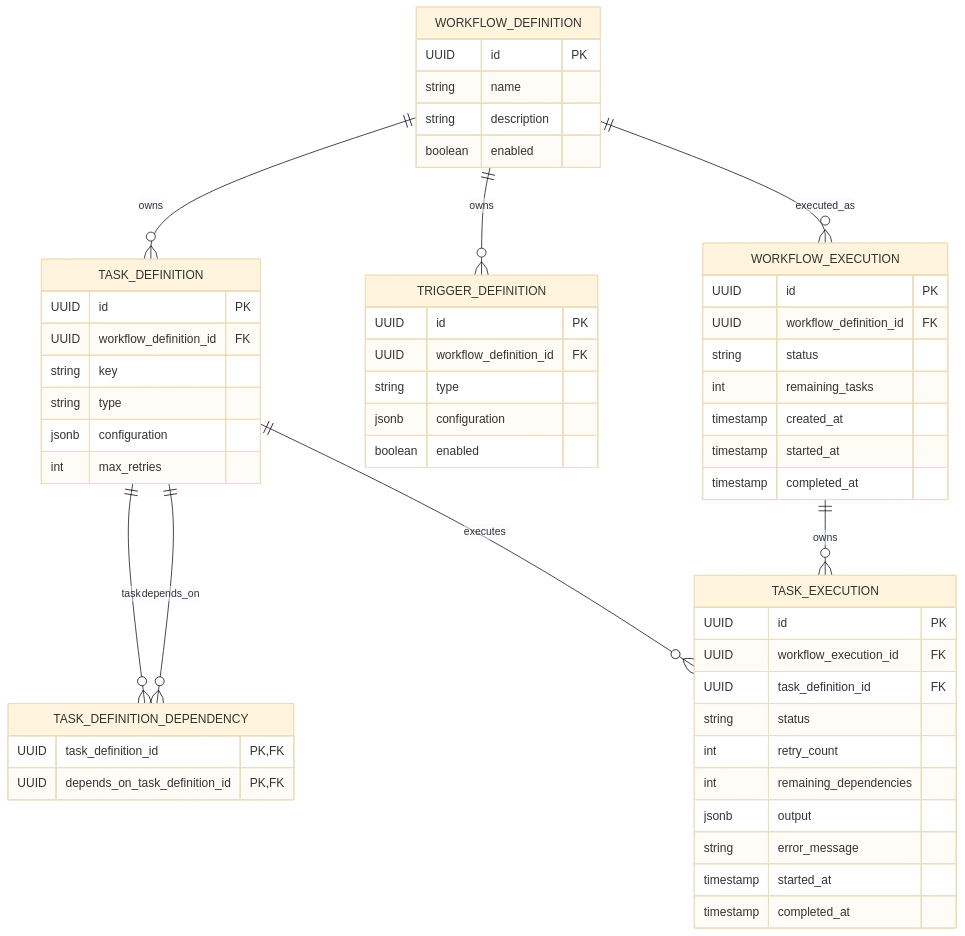
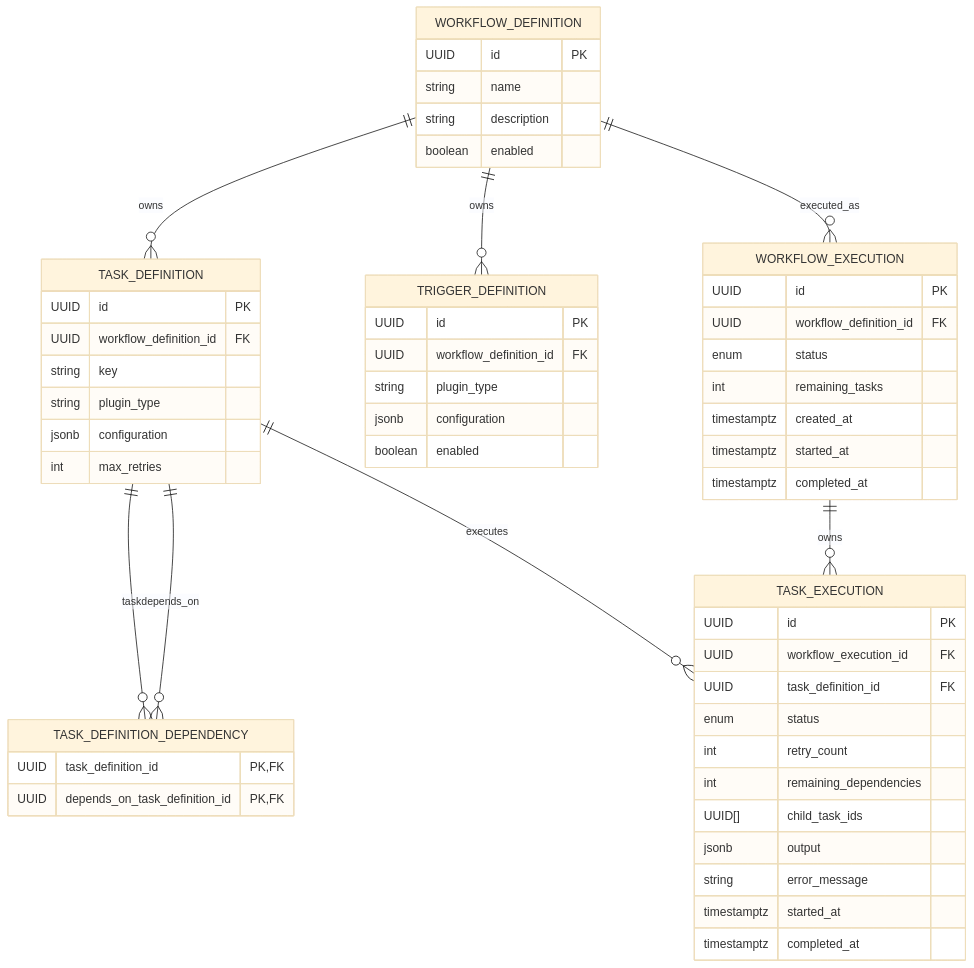
The diagram in docs/architecture/database-schema.md (Devin8407/Automation-Platform), drawn with Mermaid (base theme) before and after one commit. The commit also changed other lines of this file and 4 other files, not shown here.

````diff
--- a/docs/architecture/database-schema.md
+++ b/docs/architecture/database-schema.md
@@ -37,75 +38,76 @@
 ```mermaid
 erDiagram
 
     WORKFLOW_DEFINITION {
 
         UUID id PK
         string name
         string description
         boolean enabled
     }
 
     TASK_DEFINITION {
 
         UUID id PK
         UUID workflow_definition_id FK
         string key
-        string type
+        string plugin_type
         jsonb configuration
         int max_retries
     }
 
     TASK_DEFINITION_DEPENDENCY {
 
         UUID task_definition_id PK,FK
         UUID depends_on_task_definition_id PK,FK
     }
 
     TRIGGER_DEFINITION {
 
         UUID id PK
         UUID workflow_definition_id FK
-        string type
+        string plugin_type
         jsonb configuration
         boolean enabled
     }
 
     WORKFLOW_EXECUTION {
 
         UUID id PK
         UUID workflow_definition_id FK
-        string status
+        enum status
         int remaining_tasks
-        timestamp created_at
-        timestamp started_at
-        timestamp completed_at
+        timestamptz created_at
+        timestamptz started_at
+        timestamptz completed_at
     }
 
     TASK_EXECUTION {
 
         UUID id PK
         UUID workflow_execution_id FK
         UUID task_definition_id FK
-        string status
+        enum status
         int retry_count
         int remaining_dependencies
+        UUID[] child_task_ids
         jsonb output
         string error_message
-        timestamp started_at
-        timestamp completed_at
+        timestamptz started_at
+        timestamptz completed_at
     }
 
     WORKFLOW_DEFINITION ||--o{ TASK_DEFINITION : owns
 
     WORKFLOW_DEFINITION ||--o{ TRIGGER_DEFINITION : owns
 
     TASK_DEFINITION ||--o{ TASK_DEFINITION_DEPENDENCY : task
 
     TASK_DEFINITION ||--o{ TASK_DEFINITION_DEPENDENCY : depends_on
 
     WORKFLOW_DEFINITION ||--o{ WORKFLOW_EXECUTION : executed_as
 
     WORKFLOW_EXECUTION ||--o{ TASK_EXECUTION : owns
 
     TASK_DEFINITION ||--o{ TASK_EXECUTION : executes
 ```
````
